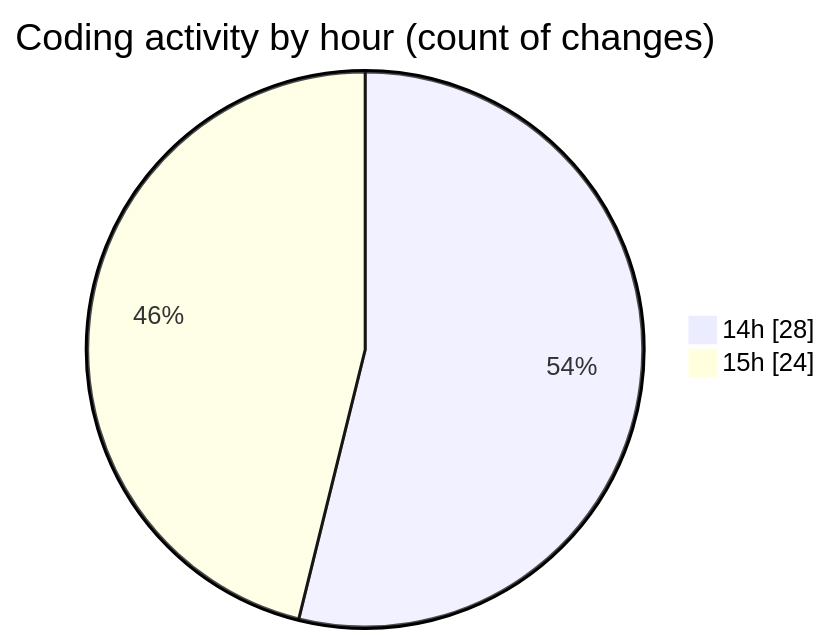
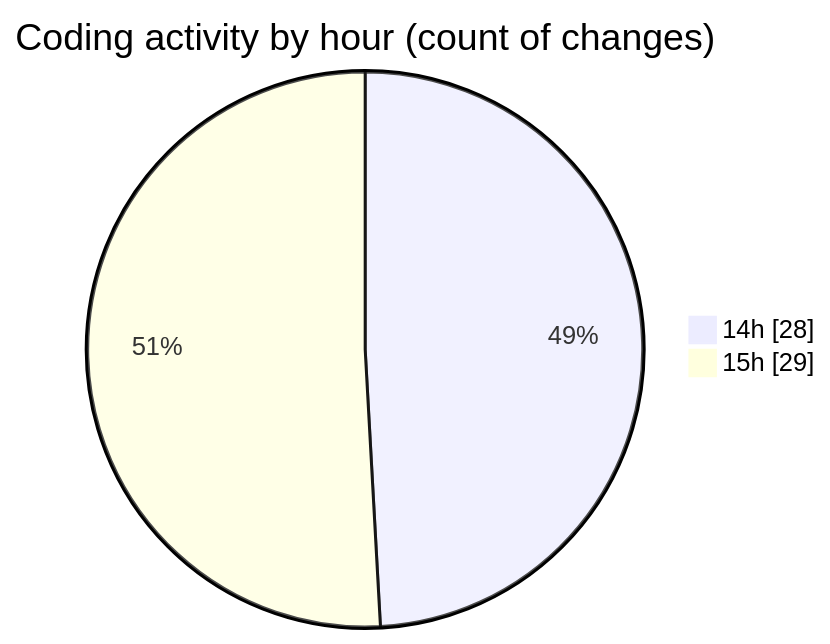
One commit to momahboobian/code-tracking changed the second of 2 diagrams in 2025-03-02/cda/README.md. Above: the diagram before and after it, drawn with Mermaid. The commit also changed other lines of this file and 1 other file, not shown here.

````diff
--- a/2025-03-02/cda/README.md
+++ b/2025-03-02/cda/README.md
@@ -34,6 +35,6 @@
 ```mermaid
 pie showData
 title Coding activity by hour (count of changes)
 "14h" : 28
-"15h" : 24
+"15h" : 29
 ```
````
